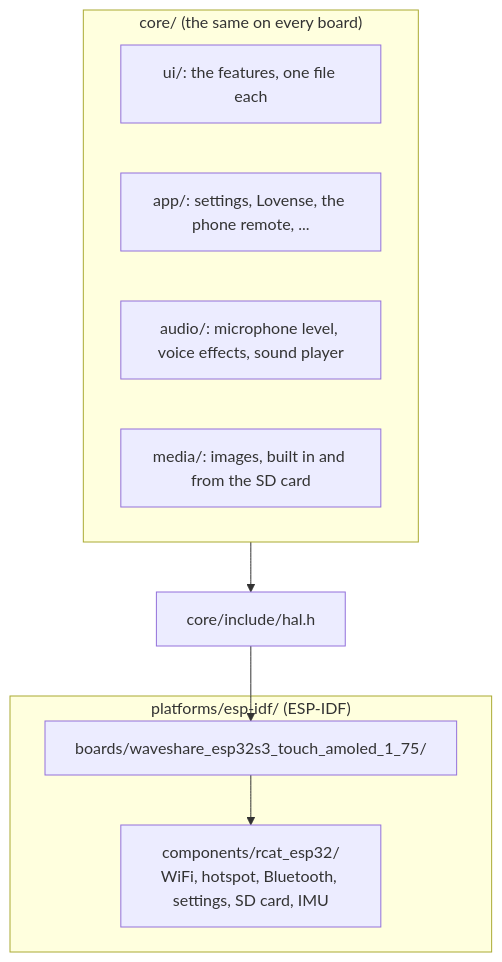
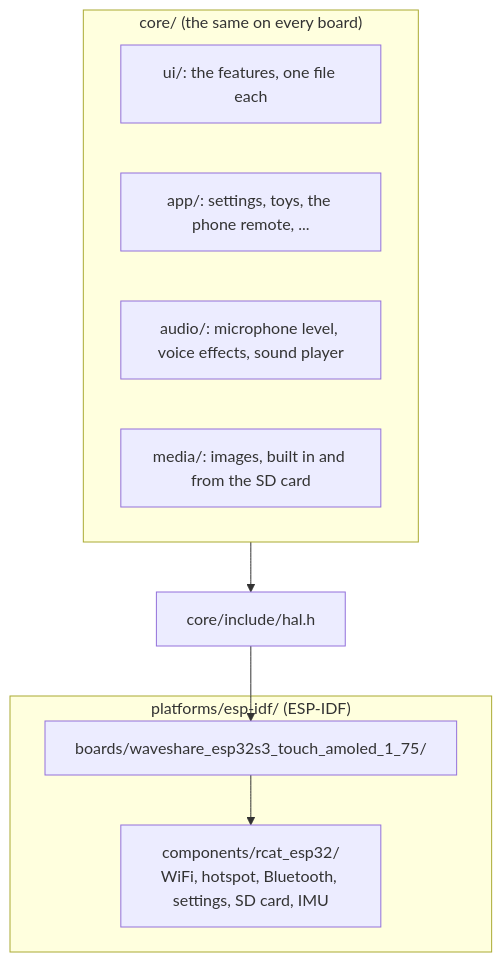
One commit to rcat3/DroneLab changed the diagram in docs/development/README.md. Above: the diagram before and after it, drawn with Mermaid. The commit also changed other lines of this file and 2 other files, not shown here.

Commit message:
Docs: toys, not Lovense devices, in the build and development guides

````diff
--- a/docs/development/README.md
+++ b/docs/development/README.md
@@ -15,17 +15,17 @@
 ```mermaid
 flowchart TB
     subgraph core["core/ (the same on every board)"]
         ui["ui/: the features, one file each"]
-        app["app/: settings, Lovense, the phone remote, ..."]
+        app["app/: settings, toys, the phone remote, ..."]
         audio["audio/: microphone level, voice effects, sound player"]
         media["media/: images, built in and from the SD card"]
     end
     hal["core/include/hal.h"]
     subgraph esp["platforms/esp-idf/ (ESP-IDF)"]
         shared["components/rcat_esp32/<br>WiFi, hotspot, Bluetooth, settings, SD card, IMU"]
         b175["boards/waveshare_esp32s3_touch_amoled_1_75/"]
     end
     core --> hal
     hal --> b175
     b175 --> shared
 ```
````
